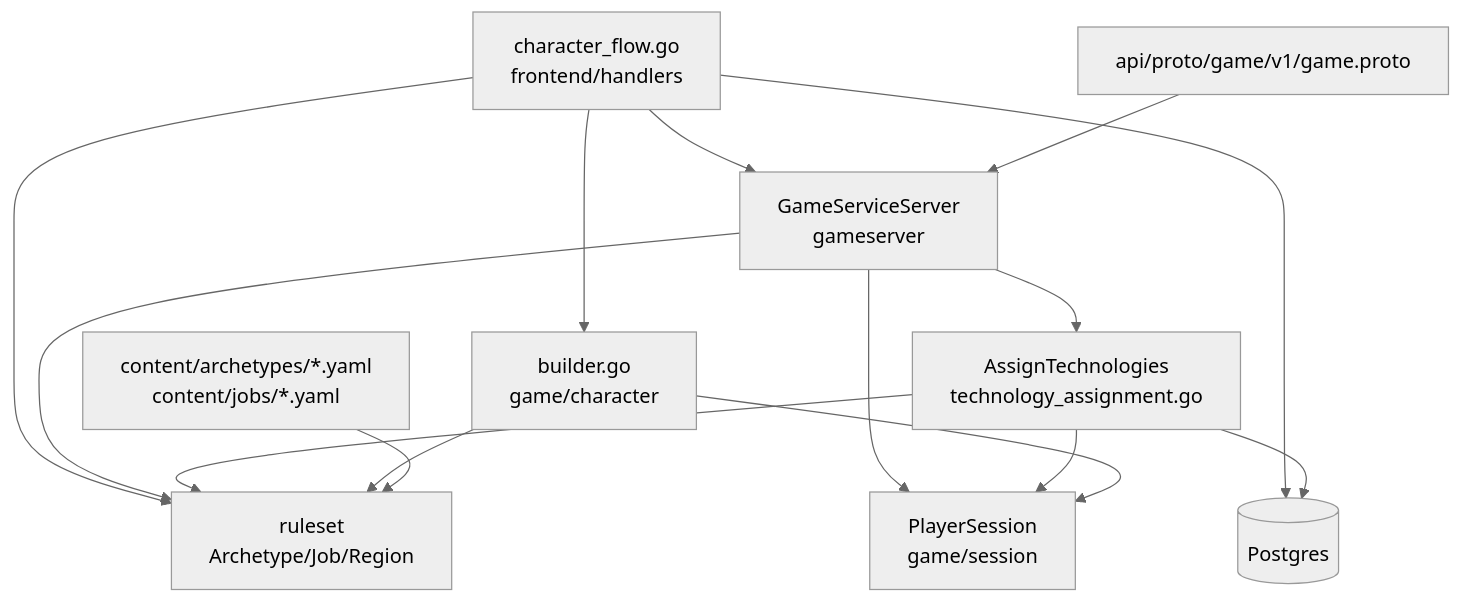
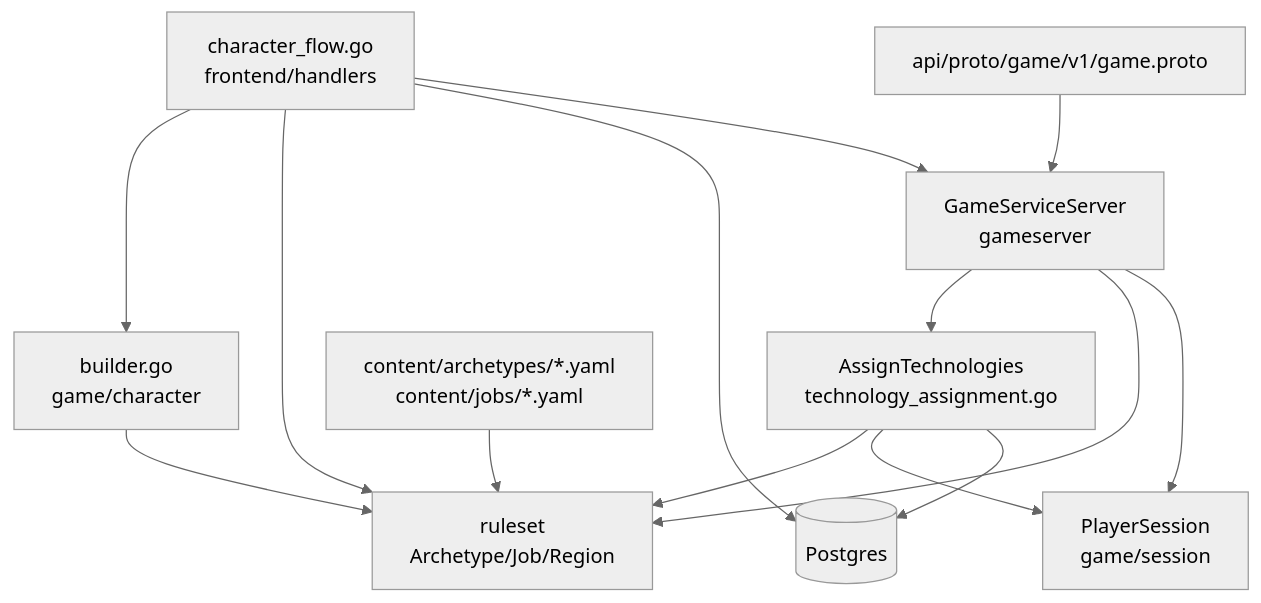
One commit to cory-johannsen/mud changed the second of 2 diagrams in docs/architecture/character.md. Above: the diagram before and after it, drawn with Mermaid (neutral theme). The commit also changed other lines of this file and 1 other file, not shown here.

````diff
--- a/docs/architecture/character.md
+++ b/docs/architecture/character.md
@@ -98,21 +98,20 @@
 ```mermaid
 graph TD
     CF[character_flow.go<br/>frontend/handlers] --> B[builder.go<br/>game/character]
     CF --> RS[ruleset<br/>Archetype/Job/Region]
     CF --> DB[(Postgres)]
     CF --> GS[GameServiceServer<br/>gameserver]
 
     GS --> TA[AssignTechnologies<br/>technology_assignment.go]
     GS --> RS
     GS --> SESS[PlayerSession<br/>game/session]
 
     TA --> RS
     TA --> SESS
     TA --> DB
 
     B --> RS
-    B --> SESS
 
     YAML[content/archetypes/*.yaml<br/>content/jobs/*.yaml] --> RS
     PROTO[api/proto/game/v1/game.proto] --> GS
 ```
````
